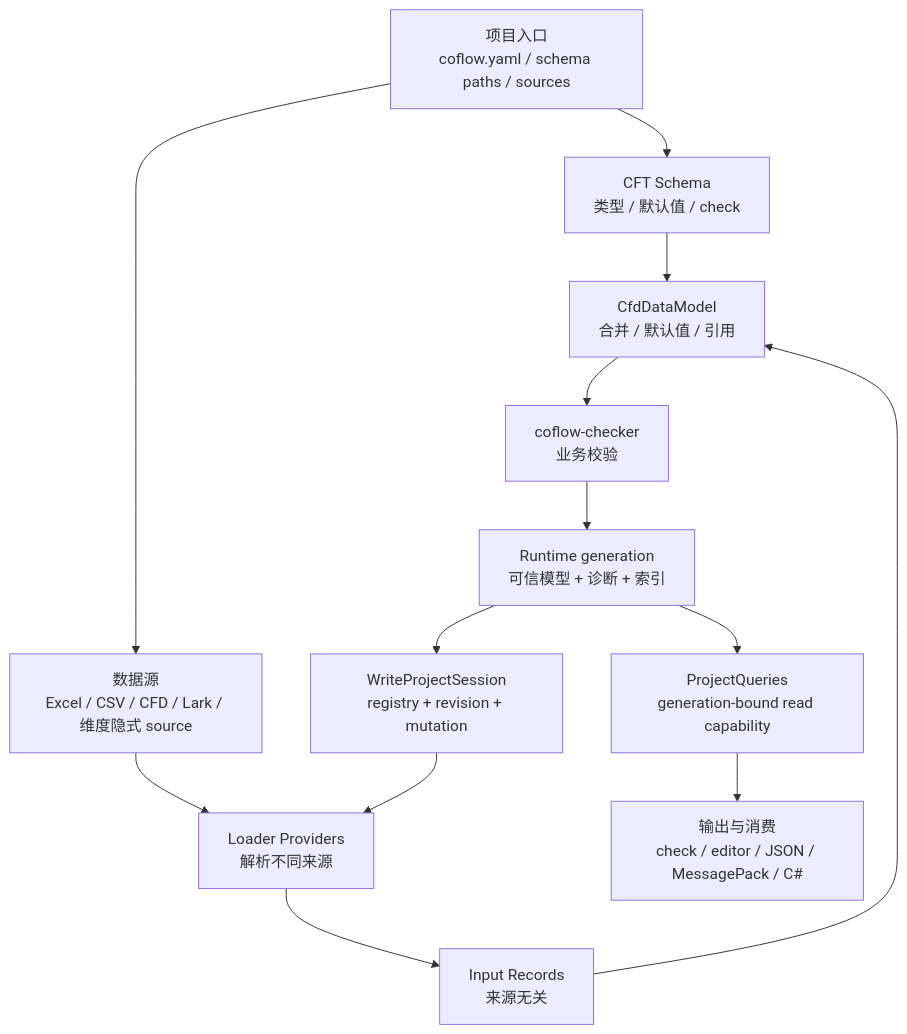
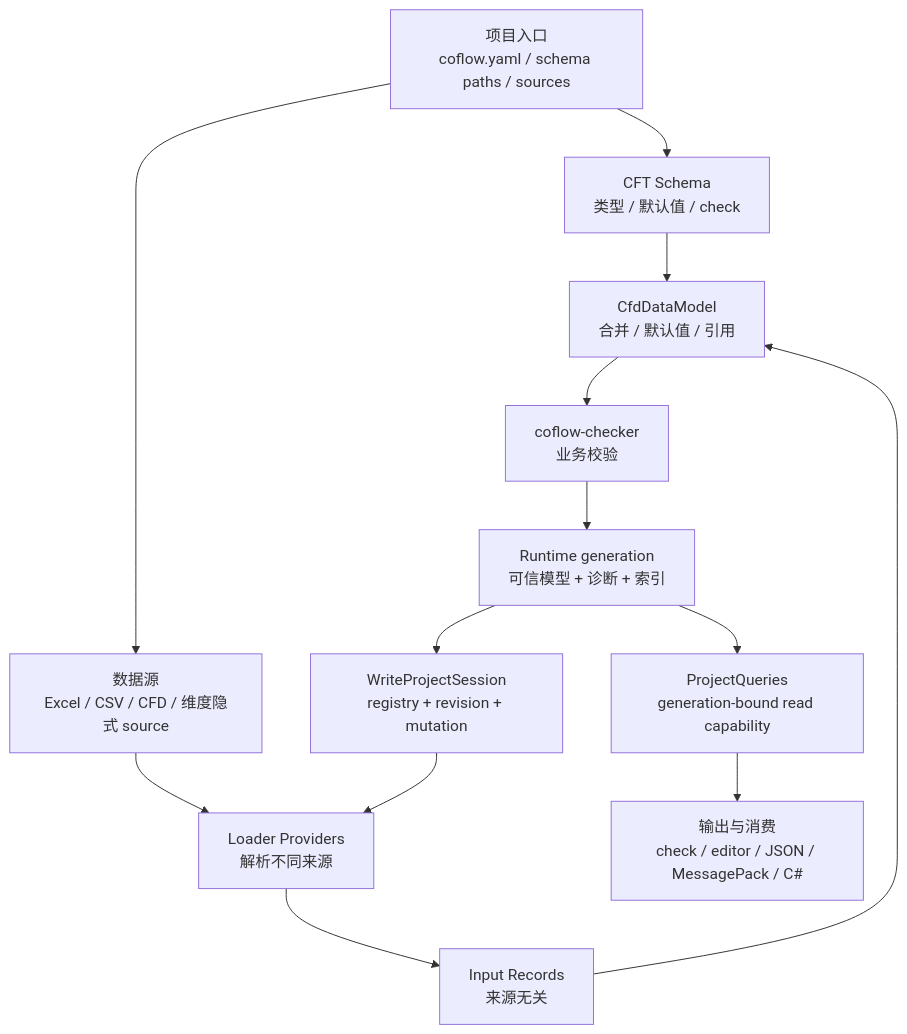
The first of 2 diagrams in website/docs/docs/reference/12-architecture.md (Puring103/coflow), drawn with Mermaid before and after one commit. The commit also changed other lines of this file and 93 other files, not shown here.

Commit message:
refactor: remove lark and remote sources

````diff
--- a/website/docs/docs/reference/12-architecture.md
+++ b/website/docs/docs/reference/12-architecture.md
@@ -9,15 +9,15 @@
 ```mermaid
 flowchart TD
   Project["项目入口<br/>coflow.yaml / schema paths / sources"] --> Schema["CFT Schema<br/>类型 / 默认值 / check"]
-  Project --> Sources["数据源<br/>Excel / CSV / CFD / Lark / 维度隐式 source"]
+  Project --> Sources["数据源<br/>Excel / CSV / CFD / 维度隐式 source"]
   Sources --> Providers["Loader Providers<br/>解析不同来源"]
   Providers --> Records["Input Records<br/>来源无关"]
   Schema --> Model
   Records --> Model["CfdDataModel<br/>合并 / 默认值 / 引用"]
   Model --> Check["coflow-checker<br/>业务校验"]
   Check --> Generation["Runtime generation<br/>可信模型 + 诊断 + 索引"]
   Generation --> Queries["ProjectQueries<br/>generation-bound read capability"]
   Generation --> Write["WriteProjectSession<br/>registry + revision + mutation"]
   Queries --> Outputs["输出与消费<br/>check / editor / JSON / MessagePack / C#"]
   Write --> Providers
 ```
````
